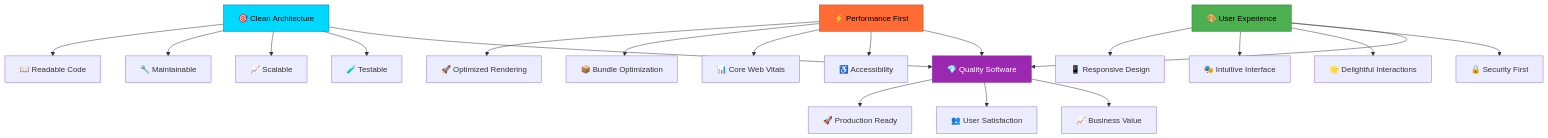
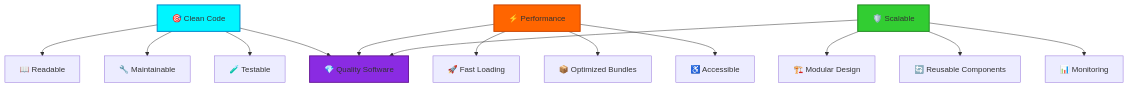
One commit to Vishal-770/Vishal-770 changed the diagram in README.md. Above: the diagram before and after it, drawn with Mermaid. The commit also changed other lines of this file, not shown here.

````diff
--- a/README.md
+++ b/README.md
@@ -257,30 +125,23 @@
 ```mermaid
 graph TB
-    A[🎯 Clean Architecture] --> B[📖 Readable Code]
+    A[🎯 Clean Code] --> B[📖 Readable]
     A --> C[🔧 Maintainable]
-    A --> D[📈 Scalable]
-    A --> E[🧪 Testable]
+    A --> D[🧪 Testable]
     
-    F[⚡ Performance First] --> G[🚀 Optimized Rendering]
-    F --> H[📦 Bundle Optimization]
-    F --> I[📊 Core Web Vitals]
-    F --> J[♿ Accessibility]
+    E[⚡ Performance] --> F[🚀 Fast Loading]
+    E --> G[📦 Optimized Bundles]
+    E --> H[♿ Accessible]
     
-    K[🎨 User Experience] --> L[📱 Responsive Design]
-    K --> M[🎭 Intuitive Interface]
-    K --> N[🌟 Delightful Interactions]
-    K --> O[🔒 Security First]
+    I[🛡️ Scalable] --> J[🏗️ Modular Design]
+    I --> K[🔄 Reusable Components]
+    I --> L[📊 Monitoring]
     
-    A --> P[💎 Quality Software]
-    F --> P
-    K --> P
+    A --> M[💎 Quality Software]
+    E --> M
+    I --> M
     
-    P --> Q[🚀 Production Ready]
-    P --> R[👥 User Satisfaction]
-    P --> S[📈 Business Value]
-    
-    style A fill:#00d9ff,stroke:#0066cc,color:#000
-    style F fill:#ff6b35,stroke:#cc4400,color:#000
-    style K fill:#4caf50,stroke:#2e7d32,color:#000
-    style P fill:#9c27b0,stroke:#6a1b9a,color:#fff
+    style A fill:#00f5ff,stroke:#0088cc,stroke-width:2px
+    style E fill:#ff6500,stroke:#cc4400,stroke-width:2px
+    style I fill:#32cd32,stroke:#228b22,stroke-width:2px
+    style M fill:#8a2be2,stroke:#6a1b9a,stroke-width:2px
 ```
````
